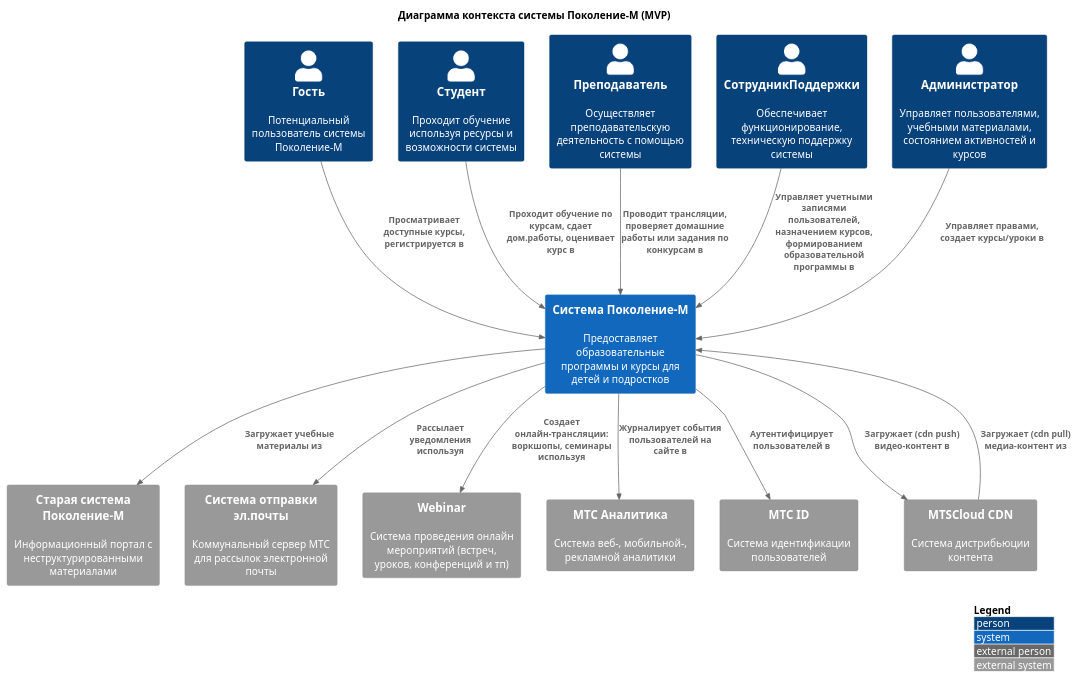
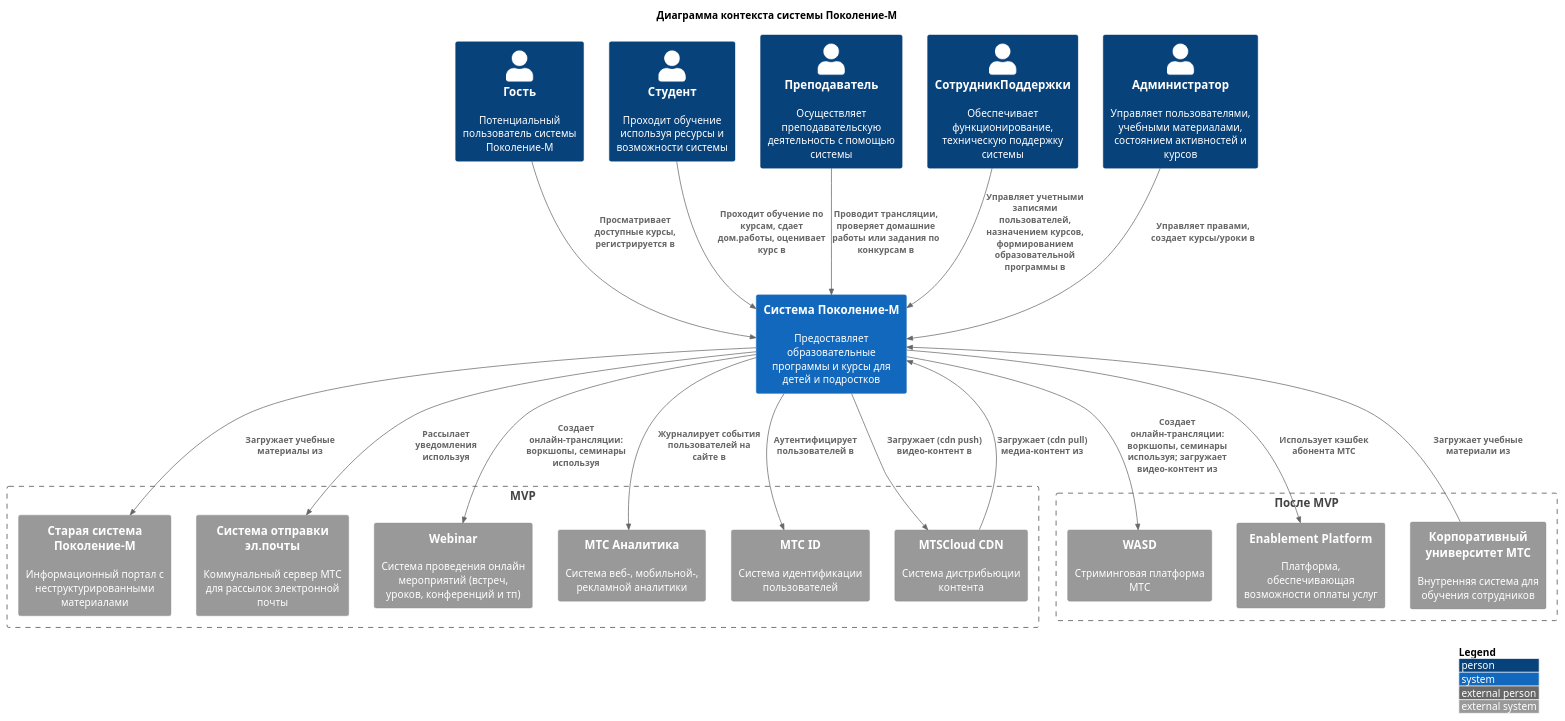
One commit to karpoftea/mts-kata-2023 changed the diagram in docs/c4/context.md. Above: the diagram before and after it, drawn with PlantUML. The commit also changed other lines of this file and 2 other files, not shown here.

Commit message:
Исправил диаграмму контекста – общая схема

````diff
--- a/docs/c4/context.md
+++ b/docs/c4/context.md
@@ -5,39 +3,50 @@
 ```plantuml
 @startuml
 !include https://raw.githubusercontent.com/plantuml-stdlib/C4-PlantUML/master/C4_Context.puml
 
 LAYOUT_WITH_LEGEND()
 
-title Диаграмма контекста системы Поколение-М (MVP)
+title Диаграмма контекста системы Поколение-М
 
 Person(guest, "Гость", "Потенциальный пользователь системы Поколение-М")
 Person(student, "Студент", "Проходит обучение используя ресурсы и возможности системы")
 Person(teacher, "Преподаватель", "Осуществляет преподавательскую деятельность с помощью системы")
 Person(support, "СотрудникПоддержки", "Обеспечивает функционирование, техническую поддержку системы")
 Person(admin, "Администратор", "Управляет пользователями, учебными материалами, состоянием активностей и курсов")
 
 System(sys, "Система Поколение-М", "Предоставляет образовательные программы и курсы для детей и подростков")
 
-System_Ext(legacy, "Старая система Поколение-М", "Информационный портал с неструктурированными материалами")
-System_Ext(emailsys, "Система отправки эл.почты", "Коммунальный сервер МТС для рассылок электронной почты")
-System_Ext(webinar, "Webinar", "Система проведения онлайн мероприятий (встреч, уроков, конференций и тп)")
-System_Ext(mtsa, "МТС Аналитика", "Система веб-, мобильной-, рекламной аналитики")
-System_Ext(mtsid, "МТС ID", "Система идентификации пользователей")
-System_Ext(mtscloudcdn, "MTSCloud CDN", "Система дистрибьюции контента")
+Boundary(v1, "MVP") {
+    System_Ext(legacy, "Старая система Поколение-М", "Информационный портал с неструктурированными материалами")
+    System_Ext(emailsys, "Система отправки эл.почты", "Коммунальный сервер МТС для рассылок электронной почты")
+    System_Ext(webinar, "Webinar", "Система проведения онлайн мероприятий (встреч, уроков, конференций и тп)")
+    System_Ext(mtsa, "МТС Аналитика", "Система веб-, мобильной-, рекламной аналитики")
+    System_Ext(mtsid, "МТС ID", "Система идентификации пользователей")
+    System_Ext(mtscloudcdn, "MTSCloud CDN", "Система дистрибьюции контента")
+}
 
 Rel(guest, sys, "Просматривает доступные курсы, регистрируется в")
 Rel(student, sys, "Проходит обучение по курсам, сдает дом.работы, оценивает курс в")
 Rel(teacher, sys, "Проводит трансляции, проверяет домашние работы или задания по конкурсам в")
 Rel(support, sys, "Управляет учетными записями пользователей, назначением курсов, формированием образовательной программы в")
 Rel(admin, sys, "Управляет правами, создает курсы/уроки в")
-
 Rel(sys, legacy, "Загружает учебные материалы из")
 Rel(sys, emailsys, "Рассылает уведомления используя")
 Rel(sys, webinar, "Создает онлайн-трансляции: воркшопы, семинары используя")
 Rel(sys, mtsa, "Журналирует события пользователей на сайте в")
 Rel(sys, mtsid, "Аутентифицирует пользователей в")
 Rel(sys, mtscloudcdn, "Загружает (cdn push) видео-контент в")
 Rel(mtscloudcdn, sys, "Загружает (cdn pull) медиа-контент из")
 
+Boundary(v2, "После MVP") {
+    System_Ext(wasd, "WASD", "Стриминговая платформа МТС")
+    System_Ext(univer, "Корпоративный университет МТС", "Внутренняя система для обучения сотрудников")
+    System_Ext(enaplat, "Enablement Platform", "Платформа, обеспечивающая возможности оплаты услуг")
+}
+
+Rel(sys, wasd, "Создает онлайн-трансляции: воркшопы, семинары используя; загружает видео-контент из")
+Rel(univer, sys, "Загружает учебные материали из")
+Rel(sys, enaplat, "Использует кэшбек абонента МТС")
+
 @enduml
 ```
````
